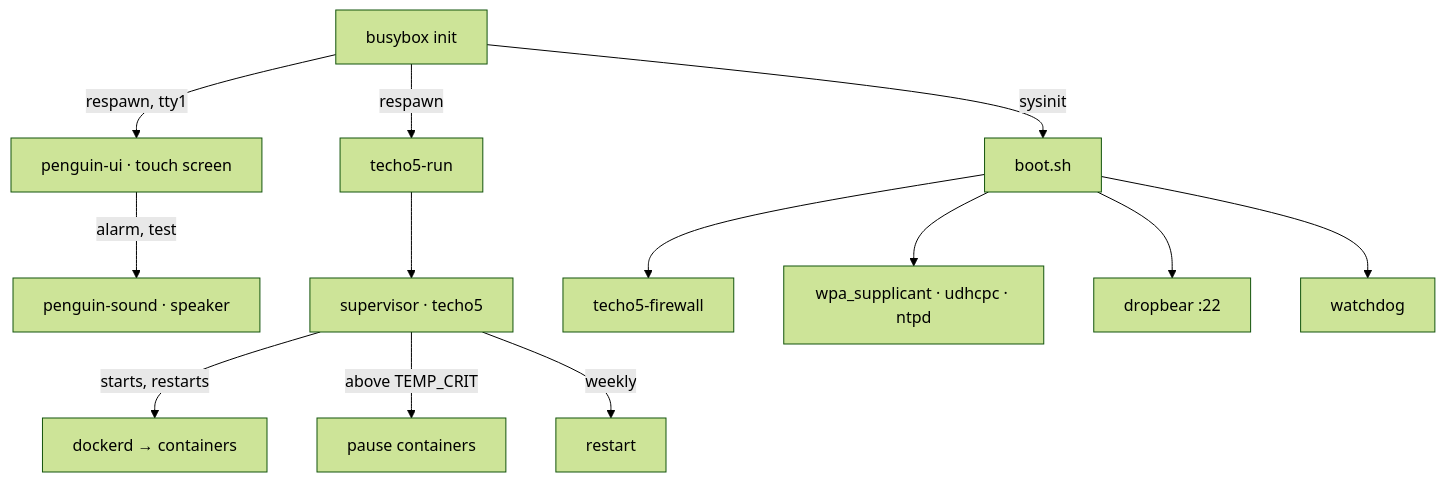
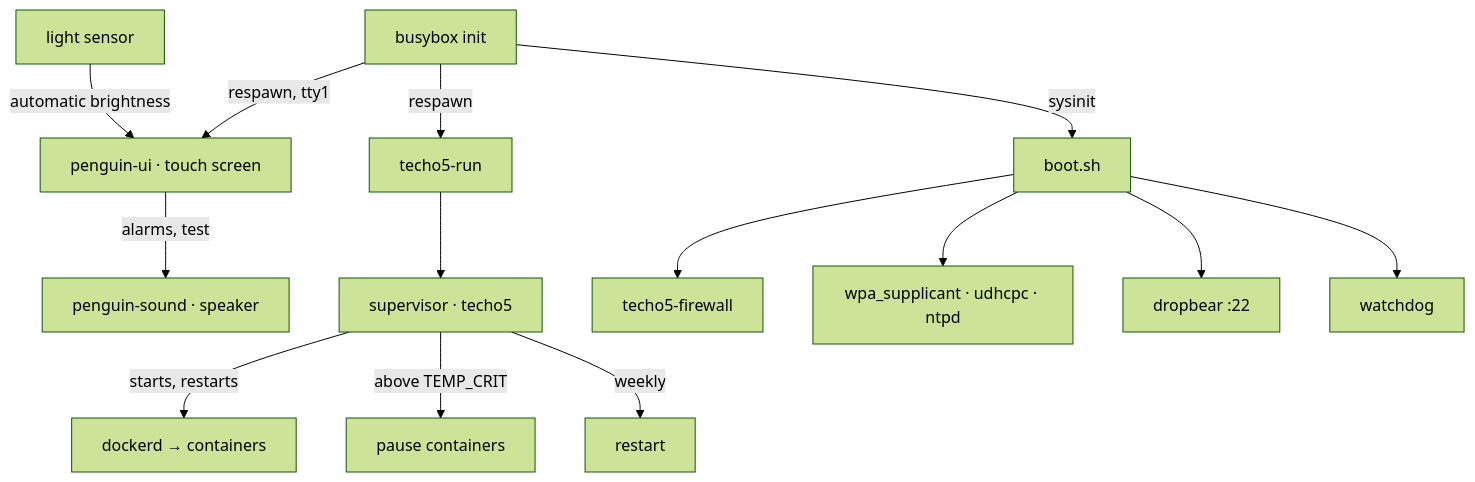
The fifth of 5 diagrams in README.md (matheusinfo/echo-penguin), drawn with Mermaid (forest theme) before and after one commit. The commit also changed other lines of this file and 4 other files, not shown here.

First line of the commit message:
feat(ui): several alarms, and brightness that follows the room's light

````diff
--- a/README.md
+++ b/README.md
@@ -388,15 +424,16 @@
 ```mermaid
 flowchart TB
     INITD[busybox init] -->|sysinit| BOOT[boot.sh]
     INITD -->|respawn| RUN[techo5-run]
     INITD -->|respawn, tty1| UI[penguin-ui · touch screen]
-    UI -->|alarm, test| SND[penguin-sound · speaker]
+    UI -->|alarms, test| SND[penguin-sound · speaker]
+    ALS[light sensor] -->|automatic brightness| UI
     RUN --> SUP[supervisor · techo5]
     SUP -->|starts, restarts| DD[dockerd → containers]
     SUP -->|above TEMP_CRIT| PAUSE[pause containers]
     SUP -->|weekly| RB[restart]
     BOOT --> FW[techo5-firewall]
     BOOT --> NET[wpa_supplicant · udhcpc · ntpd]
     BOOT --> SSH[dropbear :22]
     BOOT --> WD[watchdog]
 ```
````
